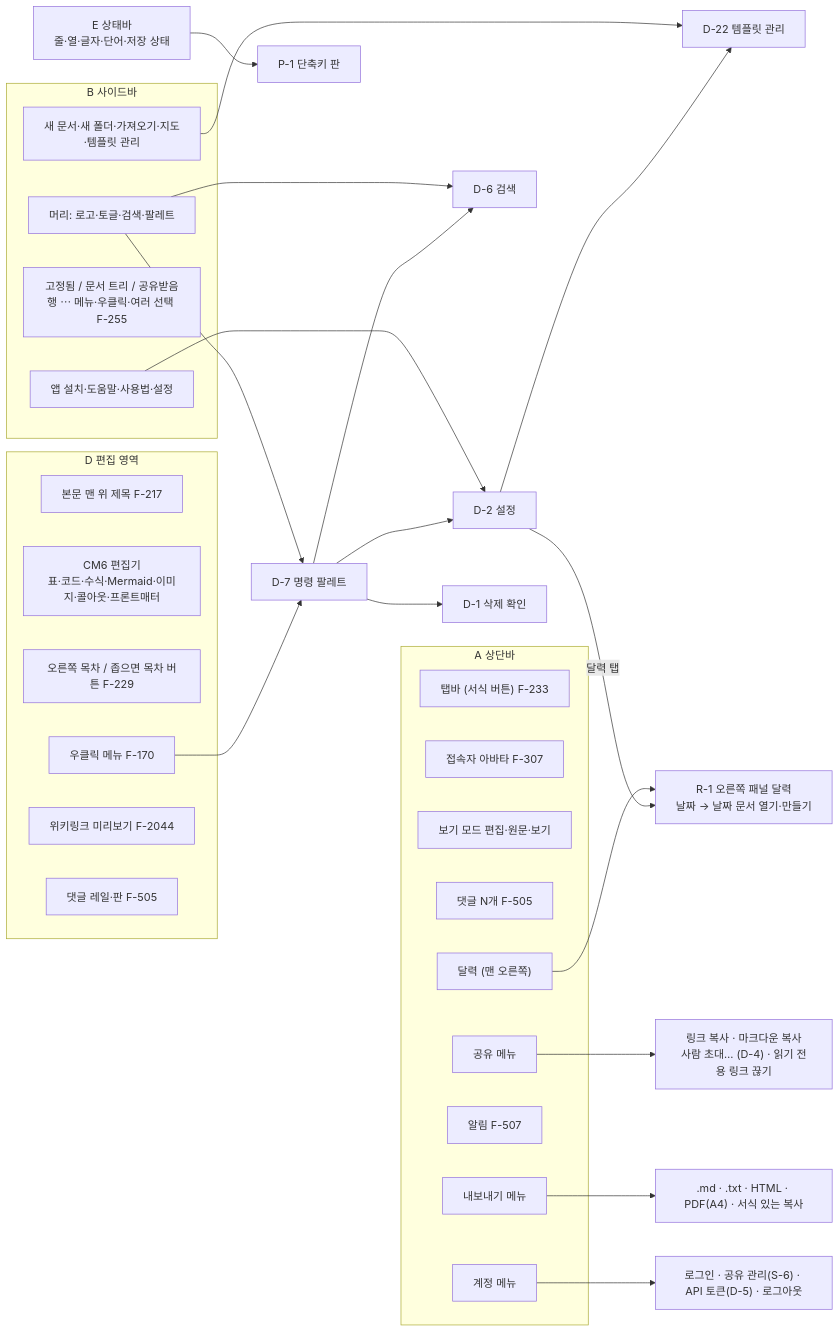
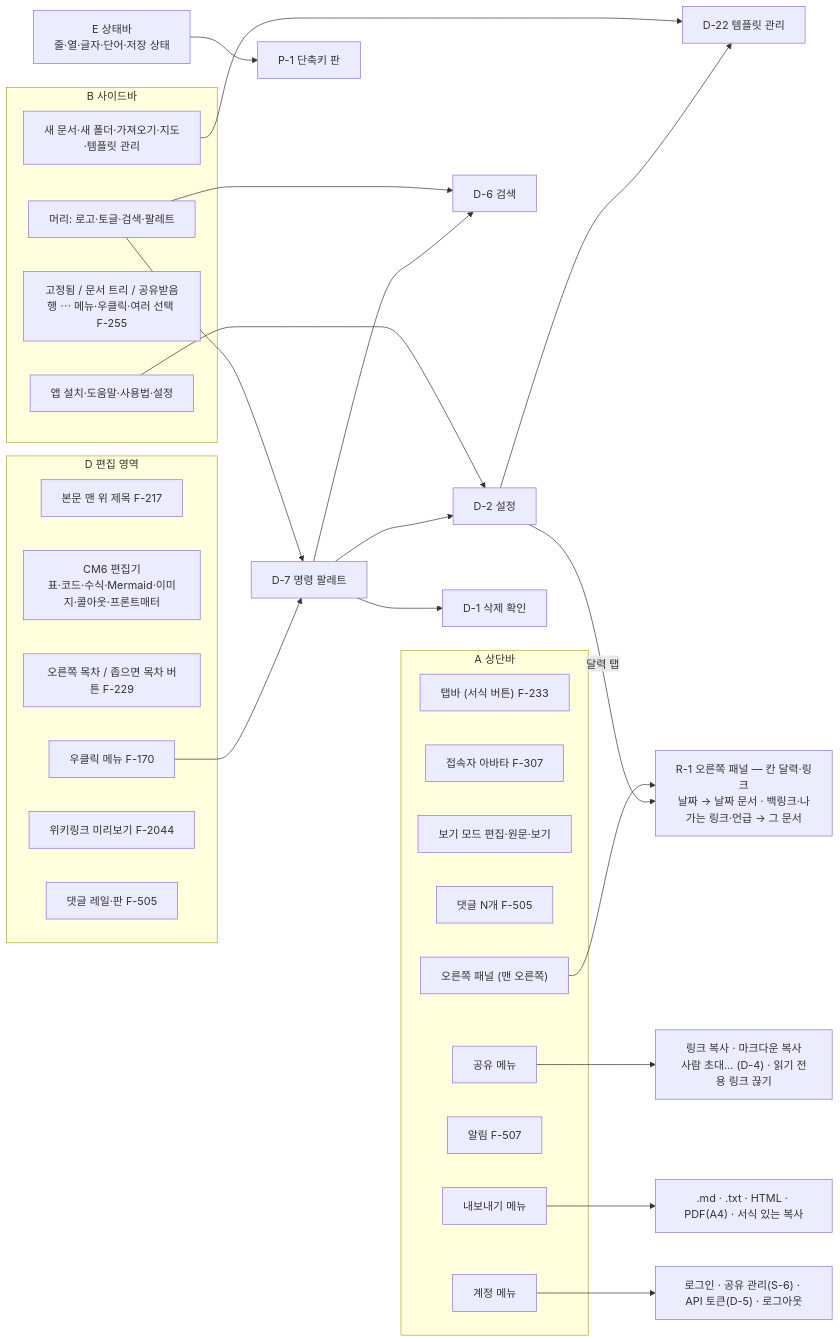
One commit to R00neyj/rawdoc changed the third of 5 diagrams in specs/map.md. Above: the diagram before and after it, drawn with Mermaid. The commit also changed 29 other files, not shown here.

````diff
--- a/specs/map.md
+++ b/specs/map.md
@@ -67,45 +67,45 @@
 ```mermaid
 flowchart LR
   subgraph A["A 상단바"]
     A1["탭바 (서식 버튼) F-233"]
     A2["접속자 아바타 F-307"]
     A3["보기 모드 편집·원문·보기"]
     A4["댓글 N개 F-505"]
     A5["공유 메뉴"]
     A6["내보내기 메뉴"]
     A7["알림 F-507"]
     A8["계정 메뉴"]
-    A9["달력 (맨 오른쪽)"]
+    A9["오른쪽 패널 (맨 오른쪽)"]
   end
   subgraph B["B 사이드바"]
     B1["머리: 로고·토글·검색·팔레트"]
     B2["새 문서·새 폴더·가져오기·지도·템플릿 관리"]
     B3["고정됨 / 문서 트리 / 공유받음<br/>행 ⋯ 메뉴·우클릭·여러 선택 F-255"]
     B4["앱 설치·도움말·사용법·설정"]
   end
   subgraph D["D 편집 영역"]
     D1["본문 맨 위 제목 F-217"]
     D2["CM6 편집기<br/>표·코드·수식·Mermaid·이미지·콜아웃·프론트매터"]
     D3["오른쪽 목차 / 좁으면 목차 버튼 F-229"]
     D4["우클릭 메뉴 F-170"]
     D5["위키링크 미리보기 F-2044"]
     D6["댓글 레일·판 F-505"]
   end
   E["E 상태바<br/>줄·열·글자·단어·저장 상태"]
 
   A5 --> share["링크 복사 · 마크다운 복사<br/>사람 초대… (D-4) · 읽기 전용 링크 끊기"]
   A6 --> export[".md · .txt · HTML · PDF(A4) · 서식 있는 복사"]
   A8 --> account["로그인 · 공유 관리(S-6) · API 토큰(D-5) · 로그아웃"]
   B1 --> D6dlg["D-6 검색"]
   B1 --> D7dlg["D-7 명령 팔레트"]
   B4 --> D2dlg["D-2 설정"]
   B2 --> D22dlg["D-22 템플릿 관리"]
   D2dlg --> D22dlg
   D4 --> D7dlg
   D7dlg --> D1dlg["D-1 삭제 확인"]
   D7dlg --> D2dlg
   D7dlg --> D6dlg
   E --> P1["P-1 단축키 판"]
-  A9 --> R1["R-1 오른쪽 패널 달력<br/>날짜 → 날짜 문서 열기·만들기"]
+  A9 --> R1["R-1 오른쪽 패널 — 칸 달력·링크<br/>날짜 → 날짜 문서 · 백링크·나가는 링크·언급 → 그 문서"]
   D2dlg -- "달력 탭" --> R1
 ```
````
